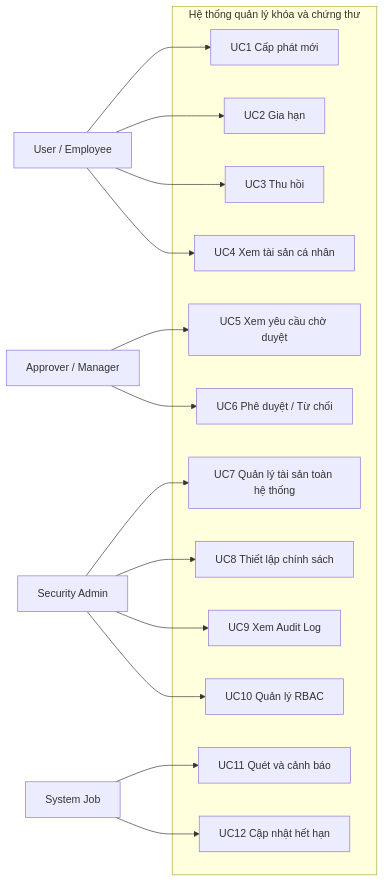
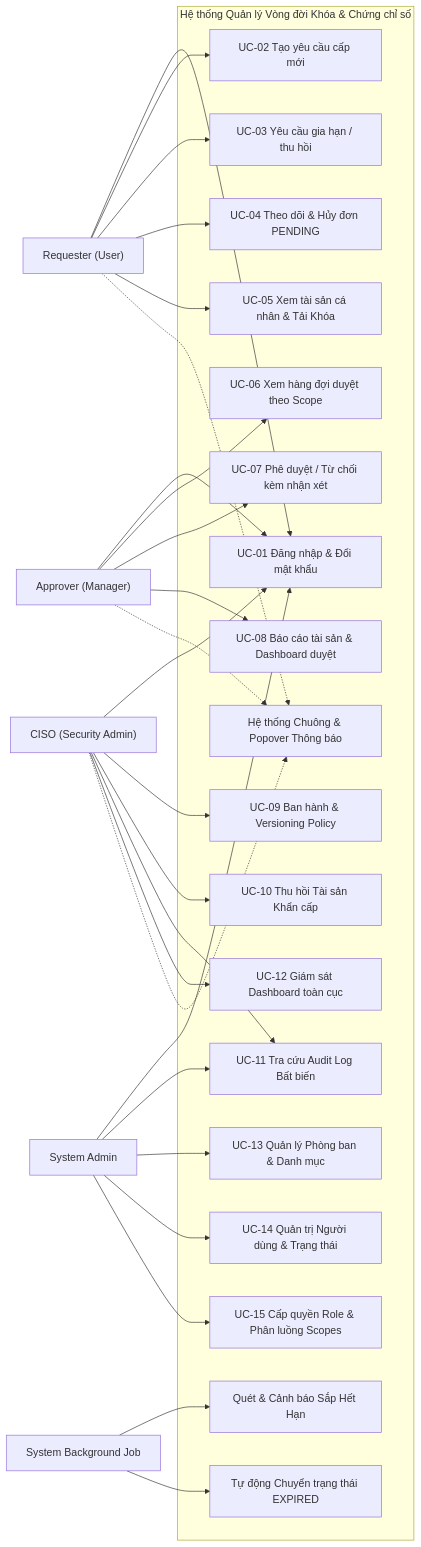
Before and after one commit to Eyblcat12/Cryta: the second of 15 diagrams in implementation_plan.md, drawn with Mermaid. The commit also changed other lines of this file, not shown here.

````diff
--- a/implementation_plan.md
+++ b/implementation_plan.md
@@ -187,35 +188,62 @@
 ```mermaid
 flowchart LR
-    U["User / Employee"]
-    AP["Approver / Manager"]
-    AD["Security Admin"]
-    SYS["System Job"]
+    REQ["Requester (User)"]
+    APP["Approver (Manager)"]
+    CISO["CISO (Security Admin)"]
+    ADMIN["System Admin"]
+    SYS["System Background Job"]
 
-    subgraph KMS["Hệ thống quản lý khóa và chứng thư"]
-        UC1["UC1 Cấp phát mới"]
-        UC2["UC2 Gia hạn"]
-        UC3["UC3 Thu hồi"]
-        UC4["UC4 Xem tài sản cá nhân"]
-        UC5["UC5 Xem yêu cầu chờ duyệt"]
-        UC6["UC6 Phê duyệt / Từ chối"]
-        UC7["UC7 Quản lý tài sản toàn hệ thống"]
-        UC8["UC8 Thiết lập chính sách"]
-        UC9["UC9 Xem Audit Log"]
-        UC10["UC10 Quản lý RBAC"]
-        UC11["UC11 Quét và cảnh báo"]
-        UC12["UC12 Cập nhật hết hạn"]
+    subgraph Cryta["Hệ thống Quản lý Vòng đời Khóa & Chứng chỉ số"]
+        UC01["UC-01 Đăng nhập & Đổi mật khẩu"]
+        UC02["UC-02 Tạo yêu cầu cấp mới"]
+        UC03["UC-03 Yêu cầu gia hạn / thu hồi"]
+        UC04["UC-04 Theo dõi & Hủy đơn PENDING"]
+        UC05["UC-05 Xem tài sản cá nhân & Tải Khóa"]
+        
+        UC06["UC-06 Xem hàng đợi duyệt theo Scope"]
+        UC07["UC-07 Phê duyệt / Từ chối kèm nhận xét"]
+        UC08["UC-08 Báo cáo tài sản & Dashboard duyệt"]
+        
+        UC09["UC-09 Ban hành & Versioning Policy"]
+        UC10["UC-10 Thu hồi Tài sản Khẩn cấp"]
+        UC11["UC-11 Tra cứu Audit Log Bất biến"]
+        UC12["UC-12 Giám sát Dashboard toàn cục"]
+        
+        UC13["UC-13 Quản lý Phòng ban & Danh mục"]
+        UC14["UC-14 Quản trị Người dùng & Trạng thái"]
+        UC15["UC-15 Cấp quyền Role & Phân luồng Scopes"]
+        
+        UCNOTI["Hệ thống Chuông & Popover Thông báo"]
+        UCSYS1["Quét & Cảnh báo Sắp Hết Hạn"]
+        UCSYS2["Tự động Chuyển trạng thái EXPIRED"]
     end
 
-    U --> UC1
-    U --> UC2
-    U --> UC3
-    U --> UC4
-    AP --> UC5
-    AP --> UC6
-    AD --> UC7
-    AD --> UC8
-    AD --> UC9
-    AD --> UC10
-    SYS --> UC11
-    SYS --> UC12
+    REQ --> UC01
+    REQ --> UC02
+    REQ --> UC03
+    REQ --> UC04
+    REQ --> UC05
+    REQ -.-> UCNOTI
+
+    APP --> UC01
+    APP --> UC06
+    APP --> UC07
+    APP --> UC08
+    APP -.-> UCNOTI
+
+    CISO --> UC01
+    CISO --> UC09
+    CISO --> UC10
+    CISO --> UC11
+    CISO --> UC12
+    CISO -.-> UCNOTI
+
+    ADMIN --> UC01
+    ADMIN --> UC11
+    ADMIN --> UC13
+    ADMIN --> UC14
+    ADMIN --> UC15
+
+    SYS --> UCSYS1
+    SYS --> UCSYS2
 ```
````
